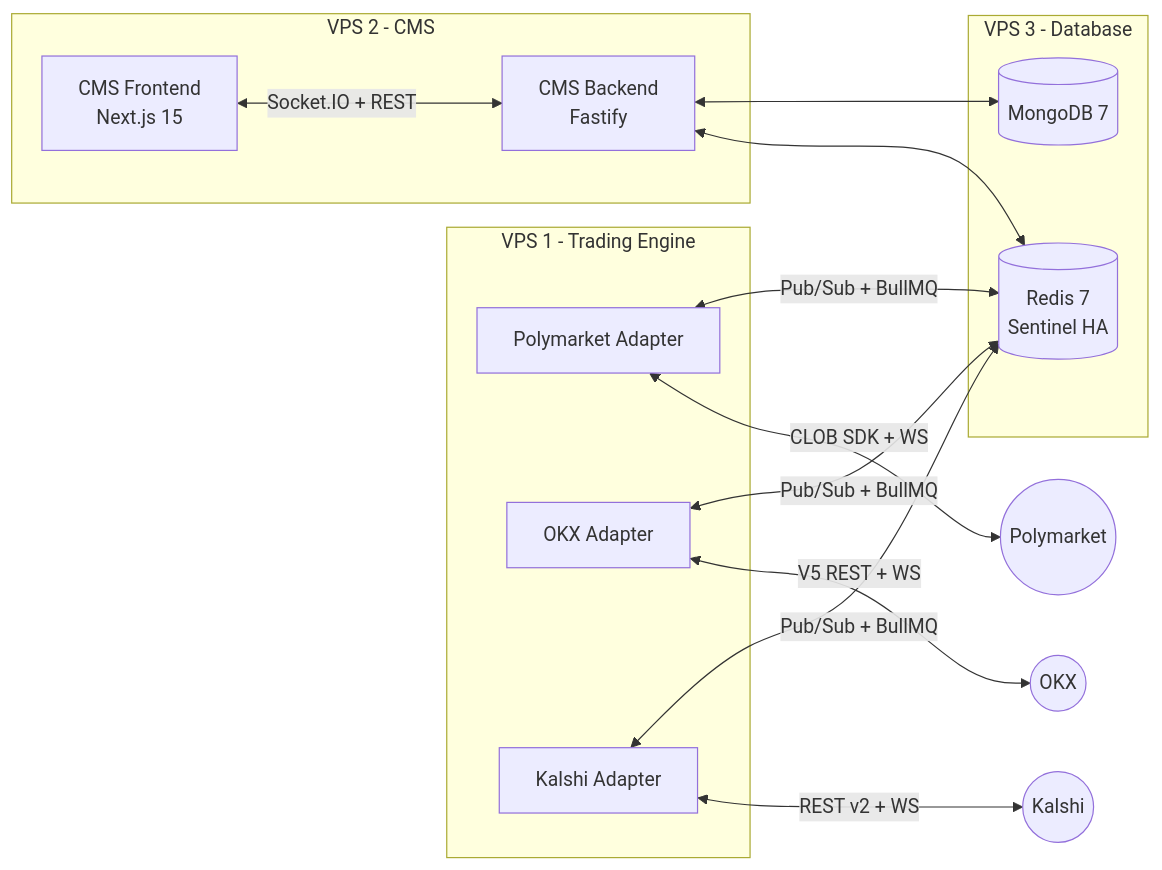
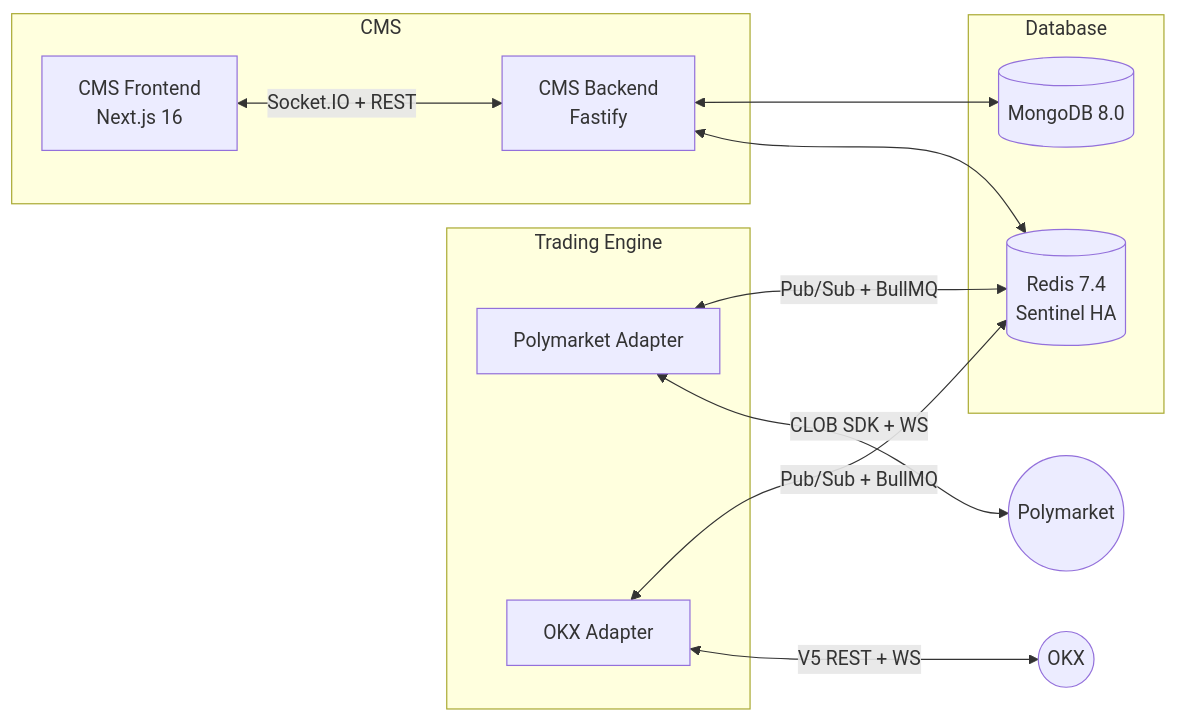
One commit to PolyVN/trading-bot-platform changed the diagram in README.md. Above: the diagram before and after it, drawn with Mermaid. The commit also changed other lines of this file and 5 other files, not shown here.

````diff
--- a/README.md
+++ b/README.md
@@ -5,25 +5,23 @@
 ```mermaid
 graph LR
-  subgraph VPS1[VPS 1 - Trading Engine]
+  subgraph TE[Trading Engine]
     TE_PM[Polymarket Adapter]
     TE_OKX[OKX Adapter]
-    TE_KAL[Kalshi Adapter]
   end
-  subgraph VPS2[VPS 2 - CMS]
+  subgraph CMS[CMS]
     BE[CMS Backend<br/>Fastify]
-    FE[CMS Frontend<br/>Next.js 15]
+    FE[CMS Frontend<br/>Next.js 16]
   end
-  subgraph VPS3[VPS 3 - Database]
-    Redis[(Redis 7<br/>Sentinel HA)]
-    Mongo[(MongoDB 7)]
+  subgraph DB[Database]
+    Redis[(Redis 7.4<br/>Sentinel HA)]
+    Mongo[(MongoDB 8.0)]
   end
 
   TE_PM <-->|"CLOB SDK + WS"| PMX((Polymarket))
   TE_OKX <-->|"V5 REST + WS"| OKXX((OKX))
-  TE_KAL <-->|"REST v2 + WS"| KALX((Kalshi))
 
-  TE_PM & TE_OKX & TE_KAL <-->|Pub/Sub + BullMQ| Redis
+  TE_PM & TE_OKX <-->|Pub/Sub + BullMQ| Redis
   BE <--> Redis
   BE <--> Mongo
   FE <-->|Socket.IO + REST| BE
 ```
````
